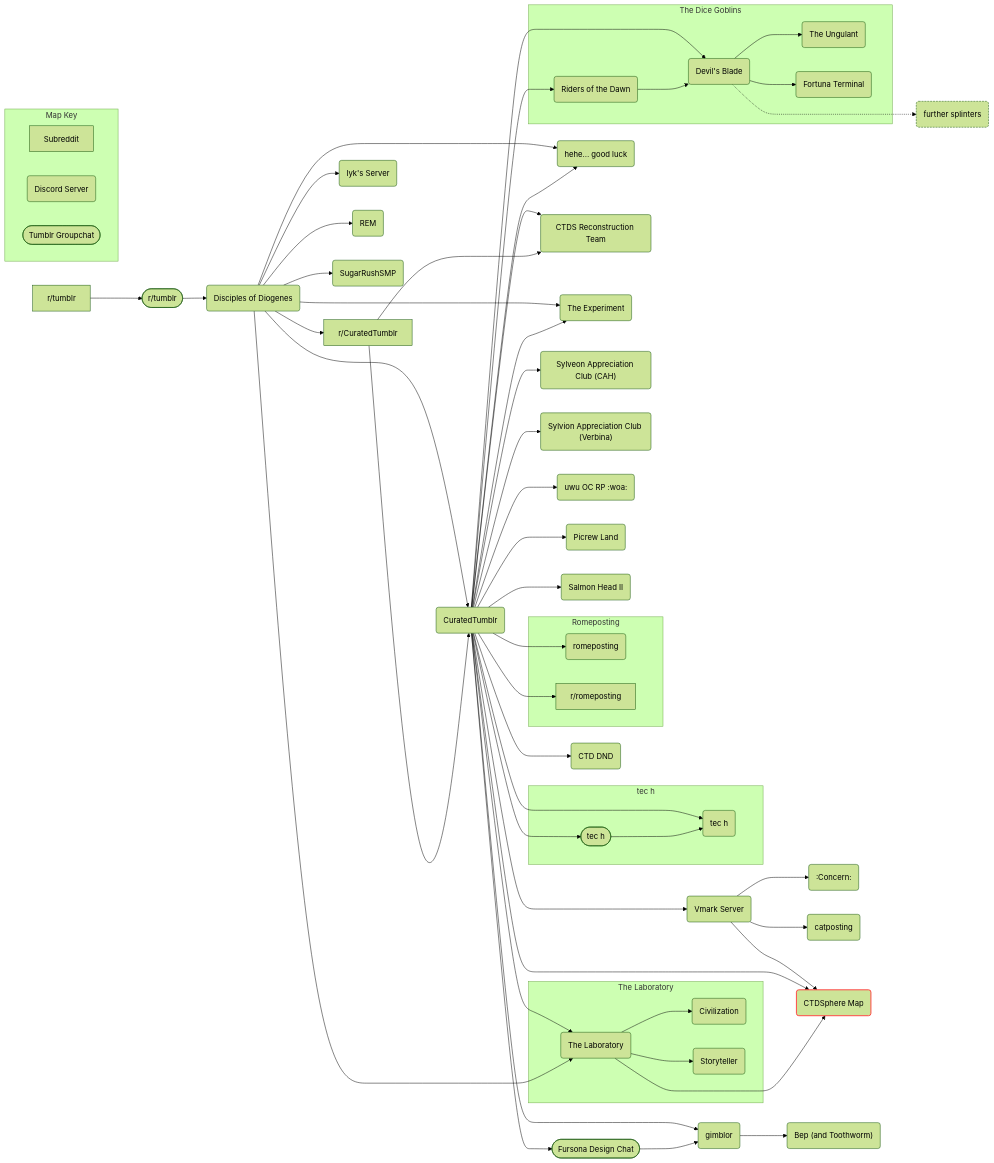
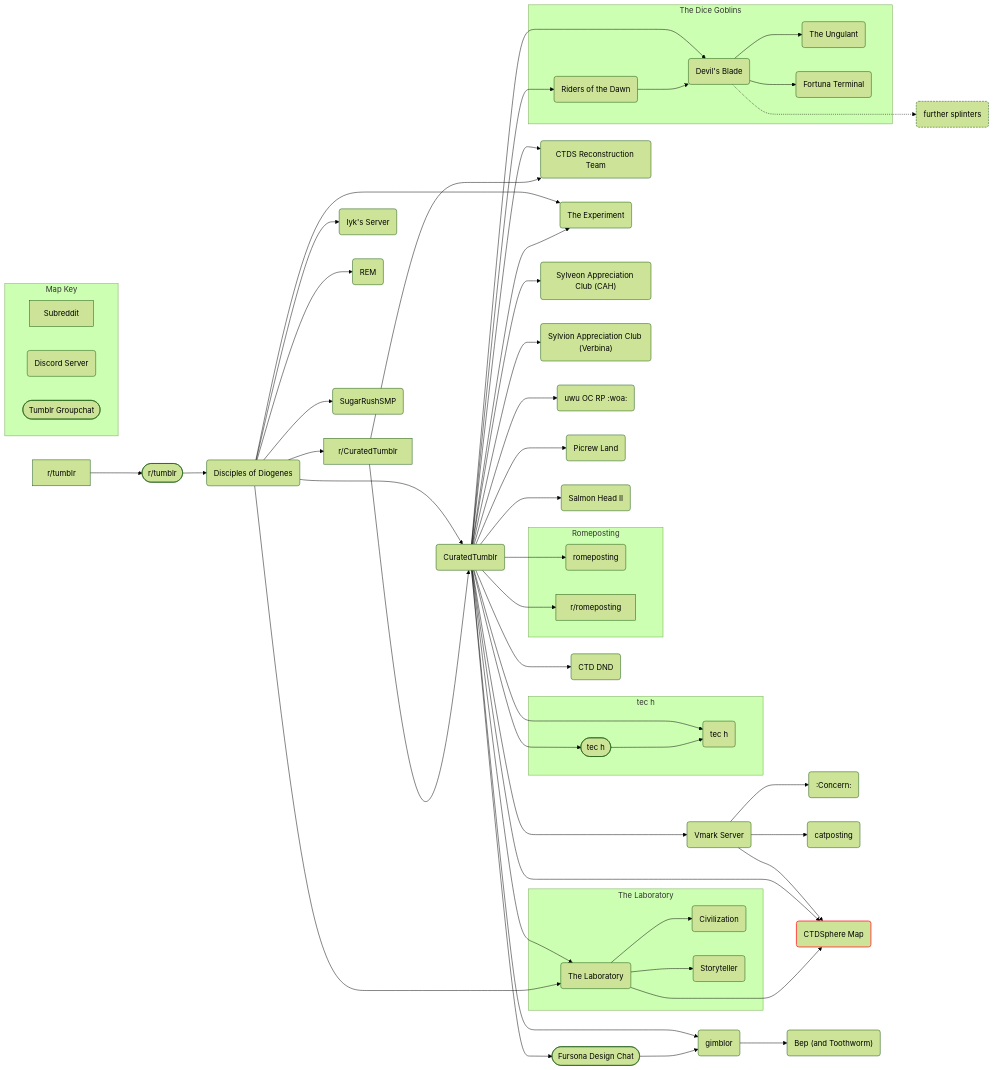
The diagram in Map.md (AnGenericAccount/CTDSphere-Map), drawn with Mermaid (forest theme) before and after one commit.

````diff
--- a/Map.md
+++ b/Map.md
@@ -1,66 +1,64 @@
 ```mermaid
 flowchart LR
     tumblr[r/tumblr]-->groupchat([r/tumblr])
     groupchat-->DoD(Disciples of Diogenes)
     DoD-->subreddit[r/CuratedTumblr]
     DoD-->CTDS(CuratedTumblr)
     subreddit-->CTDS
     DoD-->Iyk(Iyk's Server)
     DoD-->REM(REM)
     DoD-->Sugar(SugarRushSMP)
-    DoD-->luck(hehe... good luck)
-    CTDS-->luck
     CTDS-->reconstruction(CTDS Reconstruction Team)
     subreddit-->reconstruction
     CTDS-->lab(The Laboratory)
     DoD-->lab
     subgraph Laboratory [The Laboratory]
         lab-->Civilization(Civilization)
         lab-->Storyteller(Storyteller)
     end
     DoD-->Experiment(The Experiment)
     CTDS-->Experiment
     CTDS-->CAH("Sylveon Appreciation Club (CAH)")
     CTDS-->Verbina("Sylvion Appreciation Club (Verbina)")
     CTDS-->tech(tec h)
     CTDS-->techchat([tec h])
     subgraph tec[tec h]
         techchat-->tech
     end
     CTDS-->RP(uwu OC RP :woa:)
     CTDS-->picrew(Picrew Land)
     CTDS-->salmon(Salmon Head II)
     CTDS-->Vmark(Vmark Server)
     Vmark-->concern(:Concern:)
     Vmark-->catposting(catposting)
     Vmark-->sphere("CTDSphere Map")
     style sphere stroke:#f44,stroke-width:2px
     CTDS-->sphere
     lab--->sphere
     CTDS-->gimblor(gimblor)
     CTDS-->fursona([Fursona Design Chat])
     fursona-->gimblor
     gimblor-->bep("Bep (and Toothworm)")
     subgraph Romeposting
         rome(romeposting)
         romesub[r/romeposting]
     end
     CTDS-->rome
     CTDS-->romesub
     CTDS-->DND(CTD DND)
     CTDS-->dawn(Riders of the Dawn)
     CTDS-->blade(Devil's Blade)
     subgraph riders[The Dice Goblins]
         dawn-->blade
         blade-->ungulant(The Ungulant)
         blade-->terminal(Fortuna Terminal)   
     end
     blade-..->further(further splinters)
     style further stroke-dasharray:4 2
     subgraph Key [Map Key]
         direction LR
         sub[Subreddit]
         discord(Discord Server)
         chat([Tumblr Groupchat])
     end
 ```
````
